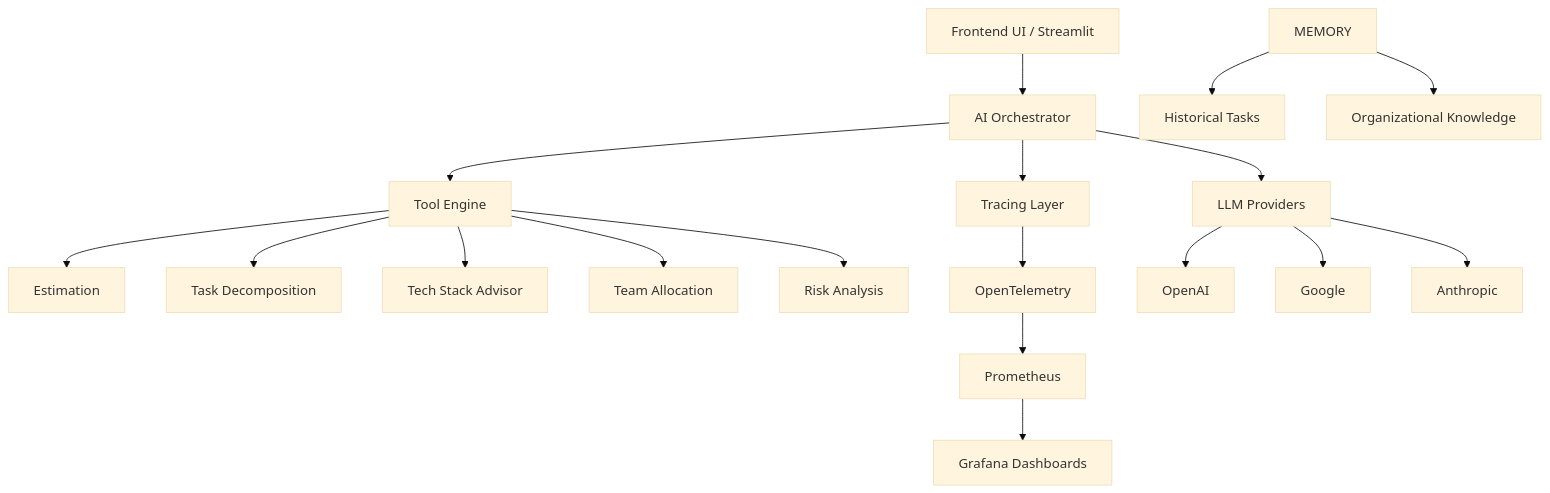
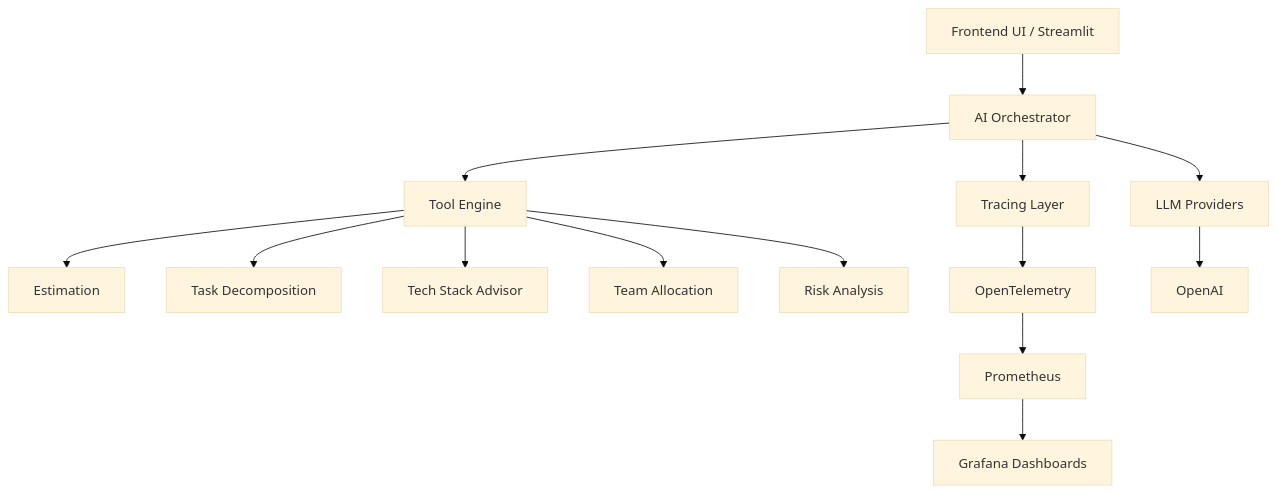
Before and after one commit to SuperAIQuattro/EstimatesAI: the first of 2 diagrams in README.md, drawn with Mermaid (base theme). The commit also changed other lines of this file, not shown here.

````diff
--- a/README.md
+++ b/README.md
@@ -86,30 +86,25 @@
 ```mermaid
 flowchart TD
 
     UI[Frontend UI / Streamlit]
     API[AI Orchestrator]
 
     UI --> API
 
     API --> TOOLS[Tool Engine]
     API --> TRACE[Tracing Layer]
 
     TOOLS --> ESTIMATION[Estimation]
     TOOLS --> DECOMPOSITION[Task Decomposition]
     TOOLS --> TECHADVISOR[Tech Stack Advisor]
     TOOLS --> STAFFING[Team Allocation]
     TOOLS --> RISK[Risk Analysis]
 
-    MEMORY --> HISTORY[Historical Tasks]
-    MEMORY --> ORG[Organizational Knowledge]
-
     TRACE --> OTEL[OpenTelemetry]
     OTEL --> PROM[Prometheus]
     PROM --> GRAFANA[Grafana Dashboards]
 
     API --> MODELS[LLM Providers]
 
     MODELS --> OPENAI[OpenAI]
-    MODELS --> GOOGLE[Google]
-    MODELS --> ANTHROPIC[Anthropic]
 ```
````
